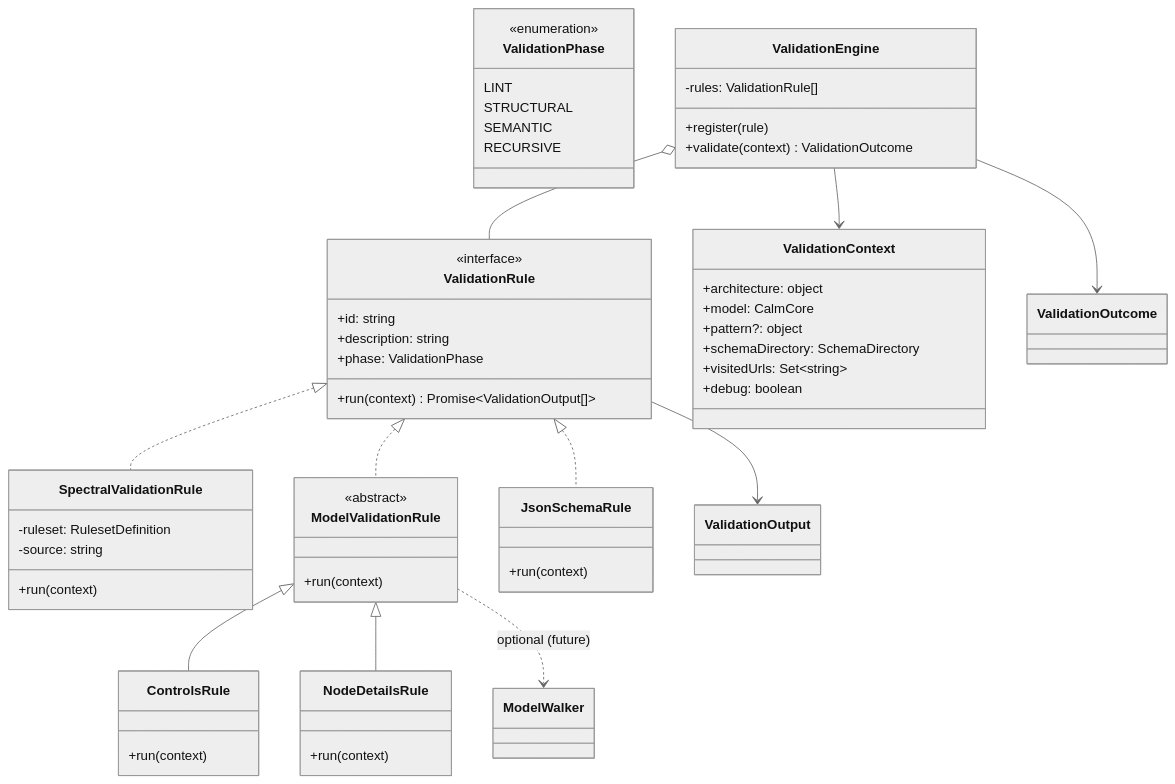
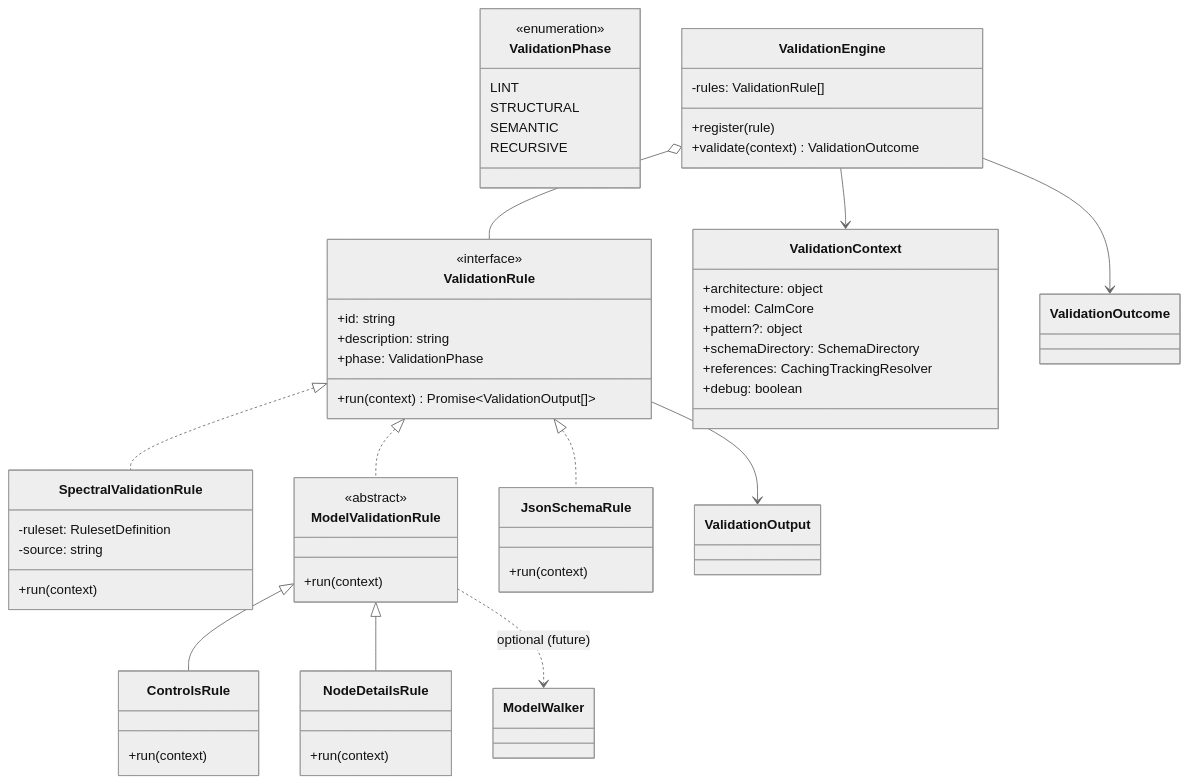
One commit to LeighFinegold/architecture-as-code changed the fifth of 6 diagrams in shared/src/commands/validate/VALIDATION_DESIGN.md. Above: the diagram before and after it, drawn with Mermaid (neutral theme). The commit also changed other lines of this file and 9 other files, not shown here.

First line of the commit message:
refactor(shared): centralise ref tracking+caching in a resolver

````diff
--- a/shared/src/commands/validate/VALIDATION_DESIGN.md
+++ b/shared/src/commands/validate/VALIDATION_DESIGN.md
@@ -240,59 +278,59 @@
 ```mermaid
 classDiagram
     class ValidationRule {
         <<interface>>
         +id: string
         +description: string
         +phase: ValidationPhase
         +run(context) Promise~ValidationOutput[]~
     }
     class ValidationContext {
         +architecture: object
         +model: CalmCore
         +pattern?: object
         +schemaDirectory: SchemaDirectory
-        +visitedUrls: Set~string~
+        +references: CachingTrackingResolver
         +debug: boolean
     }
     class ValidationPhase {
         <<enumeration>>
         LINT
         STRUCTURAL
         SEMANTIC
         RECURSIVE
     }
     class SpectralValidationRule {
         -ruleset: RulesetDefinition
         -source: string
         +run(context)
     }
     class ModelValidationRule {
         <<abstract>>
         +run(context)
     }
     class ControlsRule {
         +run(context)
     }
     class NodeDetailsRule {
         +run(context)
     }
     class JsonSchemaRule {
         +run(context)
     }
     class ValidationEngine {
         -rules: ValidationRule[]
         +register(rule)
         +validate(context) ValidationOutcome
     }
 
     ValidationRule <|.. SpectralValidationRule
     ValidationRule <|.. JsonSchemaRule
     ValidationRule <|.. ModelValidationRule
     ModelValidationRule <|-- ControlsRule
     ModelValidationRule <|-- NodeDetailsRule
     ModelValidationRule ..> ModelWalker : optional (future)
     ValidationEngine o-- ValidationRule
     ValidationEngine --> ValidationContext
     ValidationEngine --> ValidationOutcome
     ValidationRule --> ValidationOutput
 ```
````
